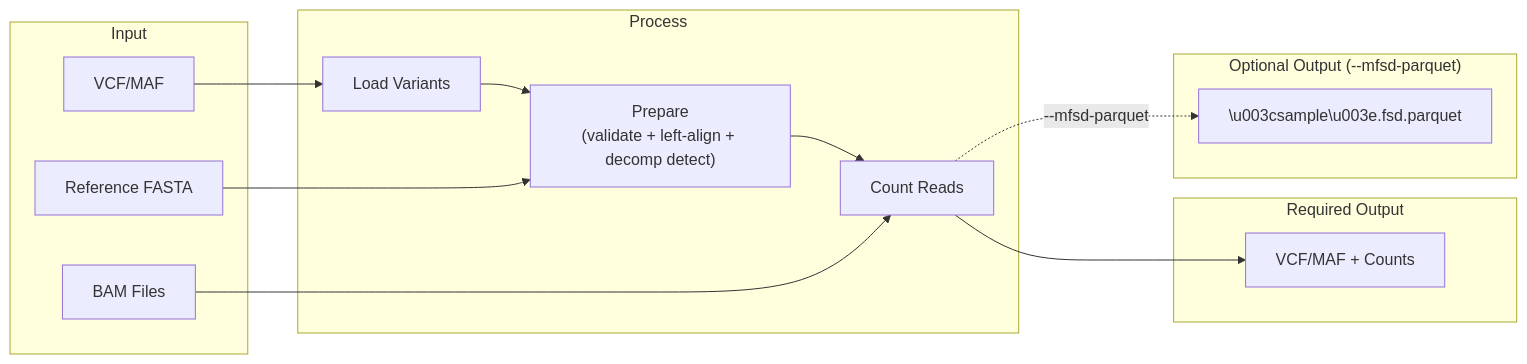
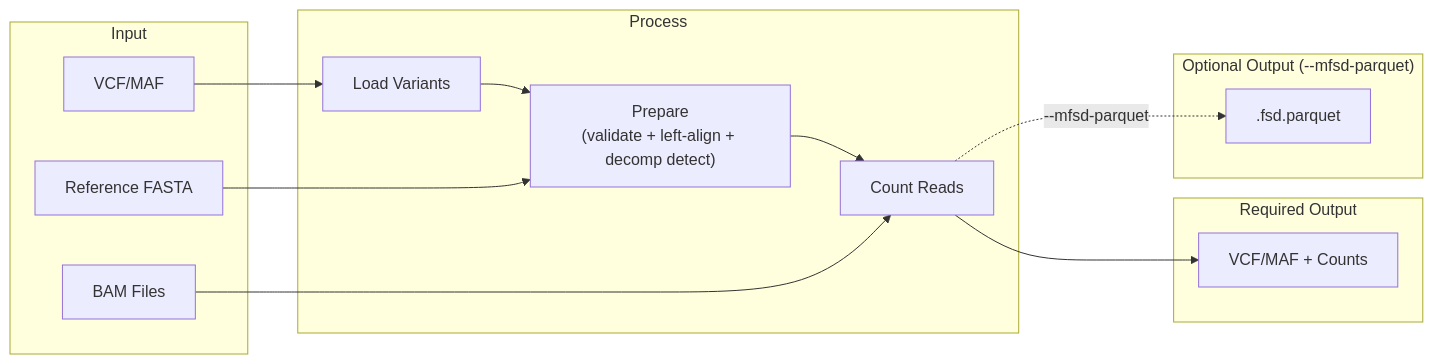
One commit to msk-access/gbcms changed the second of 5 diagrams in docs/reference/architecture.md. Above: the diagram before and after it, drawn with Mermaid. The commit also changed 4 other files, not shown here.

````diff
--- a/docs/reference/architecture.md
+++ b/docs/reference/architecture.md
@@ -39,29 +39,29 @@
 ```mermaid
 flowchart LR
     subgraph Input
         VCF["VCF/MAF"]
         BAM["BAM Files"]
         FASTA["Reference FASTA"]
     end
 
     subgraph Process
         Load["Load Variants"]
         Prepare["Prepare\n(validate + left-align + decomp detect)"]
         Count["Count Reads"]
     end
 
     subgraph Output ["Required Output"]
         Result["VCF/MAF + Counts"]
     end
 
     subgraph OptOut ["Optional Output (--mfsd-parquet)"]
-        Parquet["\u003csample\u003e.fsd.parquet"]
+        Parquet["<sample>.fsd.parquet"]
     end
 
     VCF --> Load --> Prepare
     FASTA --> Prepare
     Prepare --> Count
     BAM --> Count
     Count --> Result
     Count -.->|"--mfsd-parquet"| Parquet
 ```
````
